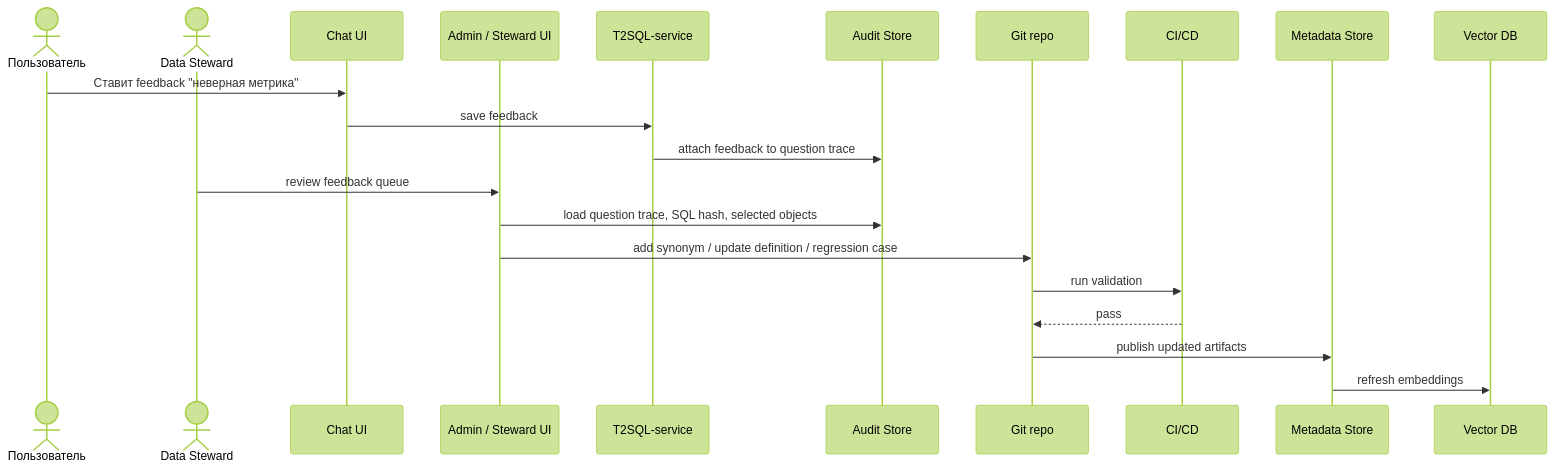
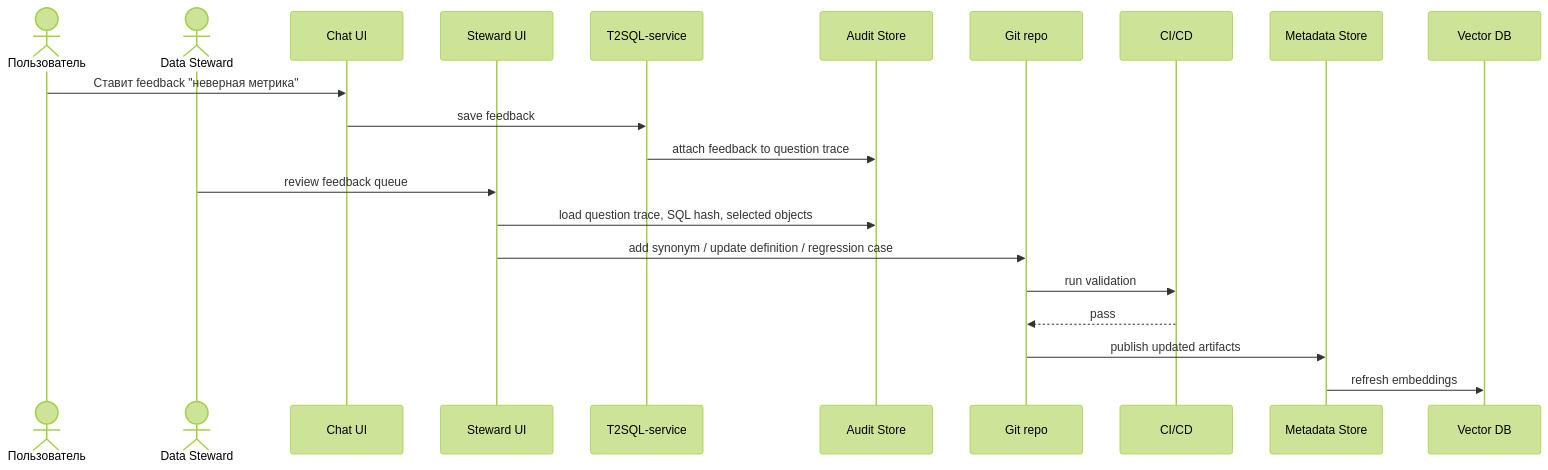
Before and after one commit to MikeYu123/texttosql: the sixth of 7 diagrams in docs/integration-scenarios.md, drawn with Mermaid (forest theme). The commit also changed other lines of this file and 1 other file, not shown here.

Commit message:
Rename steward UI references in docs

````diff
--- a/docs/integration-scenarios.md
+++ b/docs/integration-scenarios.md
@@ -136,24 +136,24 @@
 ```mermaid
 sequenceDiagram
     actor User as Пользователь
     actor Steward as Data Steward
     participant UI as Chat UI
-    participant StewardUI as Admin / Steward UI
+    participant StewardUI as Steward UI
     participant T2SQL as T2SQL-service
     participant Audit as Audit Store
     participant Git as Git repo
     participant CI as CI/CD
     participant Metadata as Metadata Store
     participant VectorDB as Vector DB
 
     User->>UI: Ставит feedback "неверная метрика"
     UI->>T2SQL: save feedback
     T2SQL->>Audit: attach feedback to question trace
     Steward->>StewardUI: review feedback queue
     StewardUI->>Audit: load question trace, SQL hash, selected objects
     StewardUI->>Git: add synonym / update definition / regression case
     Git->>CI: run validation
     CI-->>Git: pass
     Git->>Metadata: publish updated artifacts
     Metadata->>VectorDB: refresh embeddings
 ```
````
